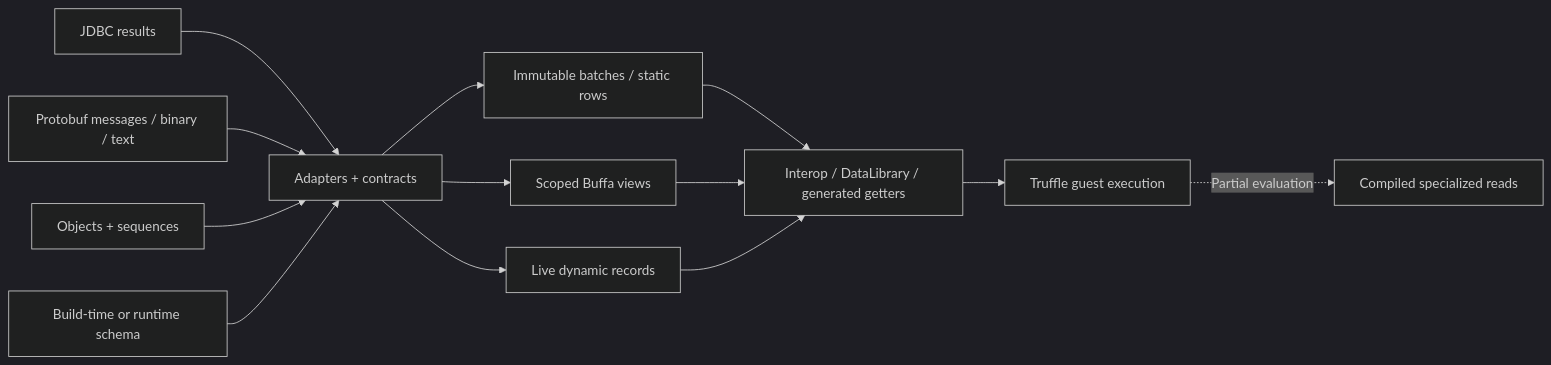
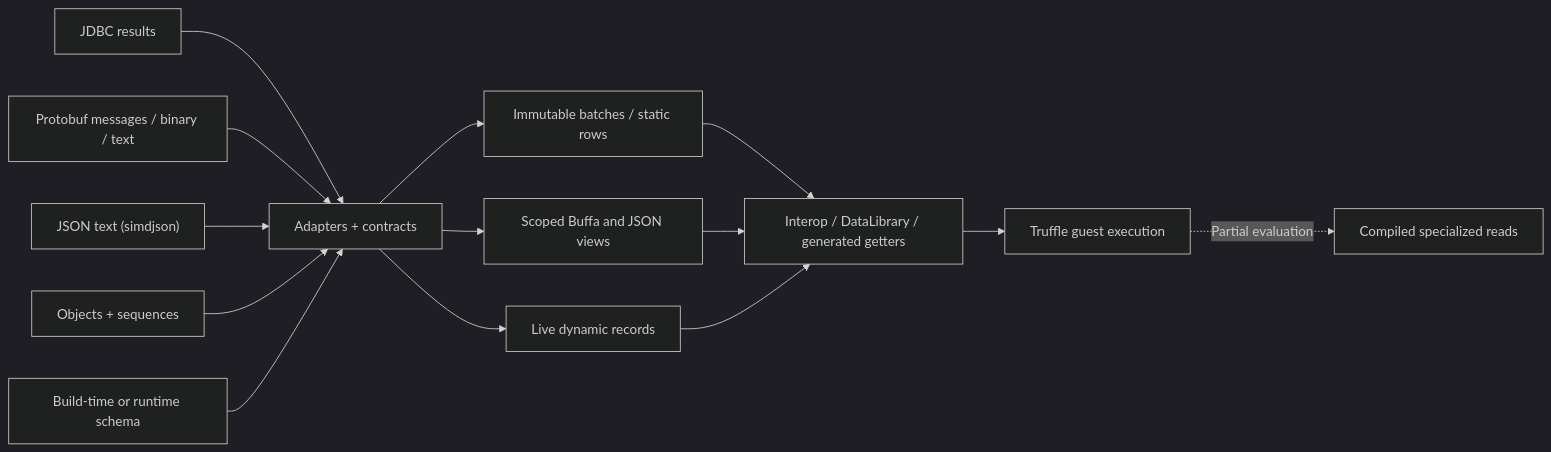
One commit to elide-dev/truffledata changed the diagram in README.md. Above: the diagram before and after it, drawn with Mermaid (dark theme). The commit also changed other lines of this file and 2 other files, not shown here.

Commit message:
docs: describe the JSON backend, ownership, and embedder export contract

````diff
--- a/README.md
+++ b/README.md
@@ -35,15 +35,16 @@
 ```mermaid
 flowchart LR
     JDBC["JDBC results"] --> Adapt["Adapters + contracts"]
     Proto["Protobuf messages / binary / text"] --> Adapt
+    Json["JSON text (simdjson)"] --> Adapt
     Objects["Objects + sequences"] --> Adapt
     Schema["Build-time or runtime schema"] --> Adapt
     Adapt --> Owned["Immutable batches / static rows"]
-    Adapt --> Borrowed["Scoped Buffa views"]
+    Adapt --> Borrowed["Scoped Buffa and JSON views"]
     Adapt --> Dynamic["Live dynamic records"]
     Owned --> Access["Interop / DataLibrary / generated getters"]
     Borrowed --> Access
     Dynamic --> Access
     Access --> Guest["Truffle guest execution"]
     Guest -. "Partial evaluation" .-> Code["Compiled specialized reads"]
 ```
````
